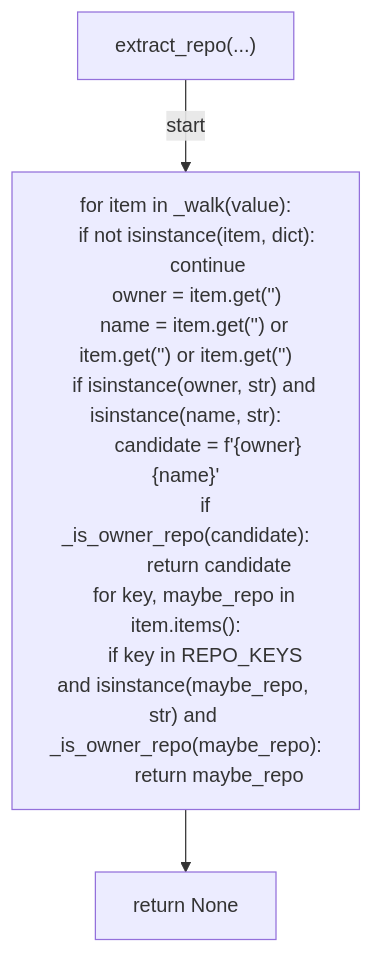
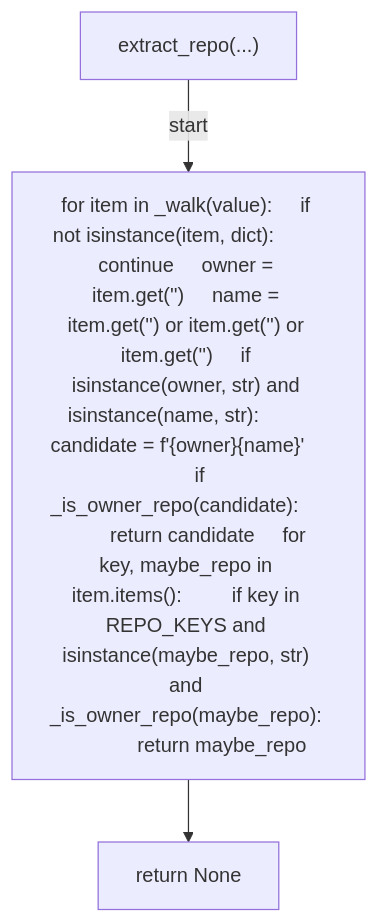
One commit to tvna/claude-md changed the fourth of 10 diagrams in docs/generated/scripts/ast/post_pr_create_ci_monitor.md. Above: the diagram before and after it, drawn with Mermaid. The commit also changed other lines of this file and 30 other files, not shown here.

First line of the commit message:
docs(generated): regenerate decision tree and workflow diagrams (batch 2/5)

````diff
--- a/docs/generated/scripts/ast/post_pr_create_ci_monitor.md
+++ b/docs/generated/scripts/ast/post_pr_create_ci_monitor.md
@@ -69,19 +44,8 @@
 ```mermaid
 flowchart TD
     N001["extract_repo(...)"]
-    N002["for item in _walk(value):
-    if not isinstance(item, dict):
-        continue
-    owner = item.get('<str>')
-    name = item.get('<str>') or item.get('<str>') or item.get('<str>')
-    if isinstance(owner, str) and isinstance(name, str):
-        candidate = f'{owner}<str>{name}'
-        if _is_owner_repo(candidate):
-            return candidate
-    for key, maybe_repo in item.items():
-        if key in REPO_KEYS and isinstance(maybe_repo, str) and _is_owner_repo(maybe_repo):
-            return maybe_repo"]
+    N002["for item in _walk(value):     if not isinstance(item, dict):         continue     owner = item.get('<str>')     name = item.get('<str>') or item.get('<str>') or item.get('<str>')     if isinstance(owner, str) and isinstance(name, str):         candidate = f'{owner}<str>{name}'         if _is_owner_repo(candidate):             return candidate     for key, maybe_repo in item.items():         if key in REPO_KEYS and isinstance(maybe_repo, str) and _is_owner_repo(maybe_repo):             return maybe_repo"]
     N003["return None"]
     N001 -->|"start"| N002
     N002 --> N003
 ```
````
